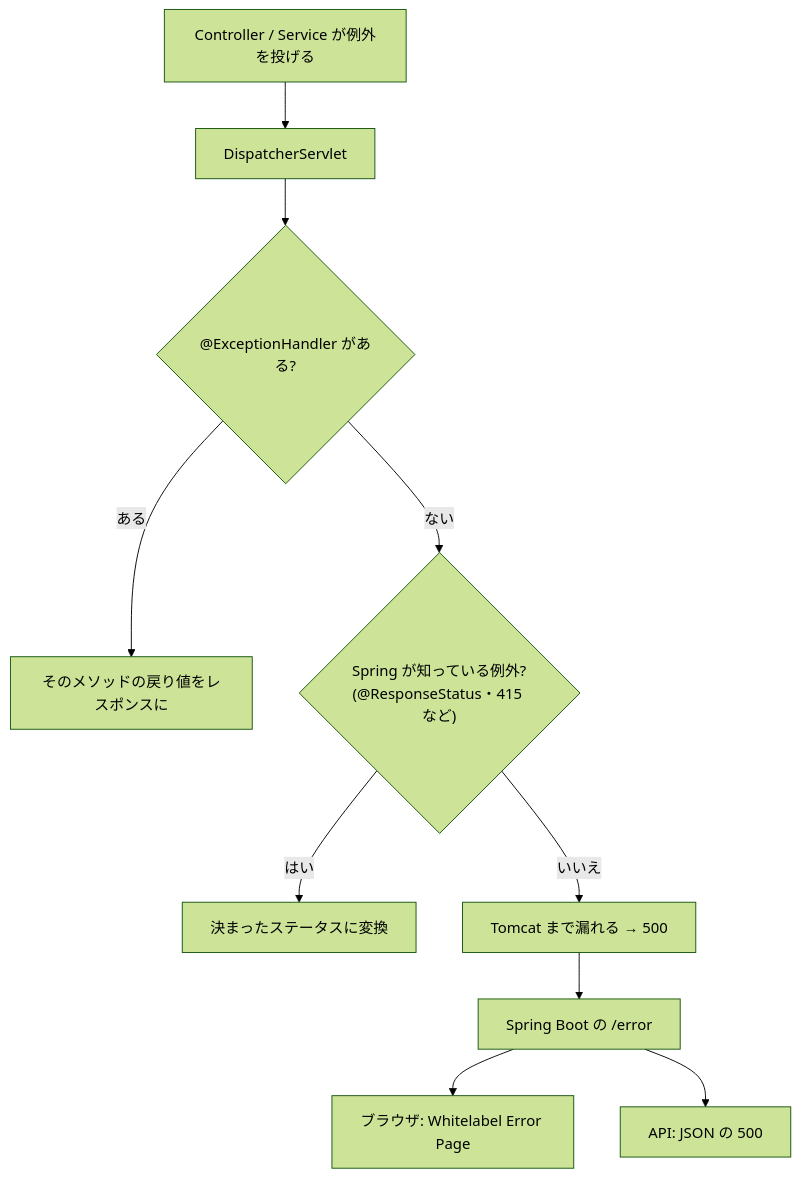
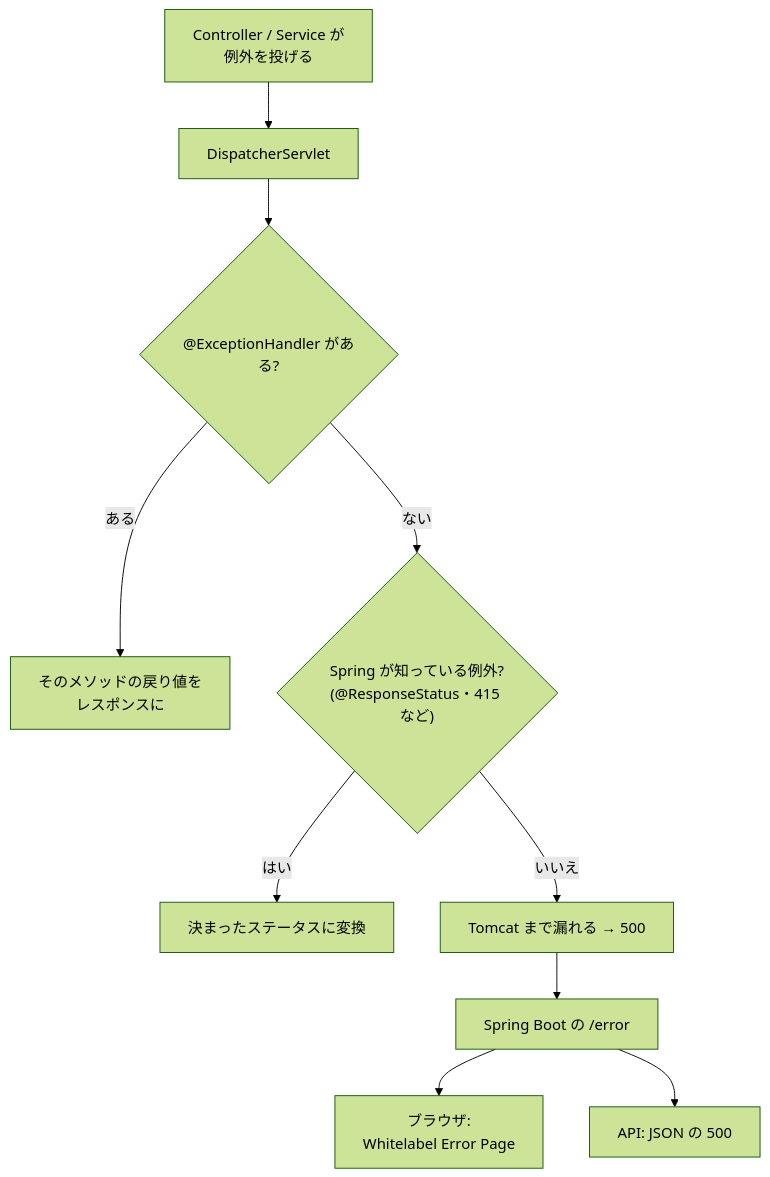
One commit to junyeol928-hash/Sayana changed the diagram in content/03-spring/04-api/02-spring-exception-handling/lesson.md. Above: the diagram before and after it, drawn with Mermaid (forest theme). The commit also changed 9 other files, not shown here.

Commit message:
fix: 図のラベルを語の切れ目で改行し、英字の用語の読みをカタカナにそろえた(スマホで図の文字が語の途中で折れていたため)

````diff
--- a/content/03-spring/04-api/02-spring-exception-handling/lesson.md
+++ b/content/03-spring/04-api/02-spring-exception-handling/lesson.md
@@ -15,12 +15,12 @@
 ```mermaid
 flowchart TD
-    A["Controller / Service が例外を投げる"] --> B["DispatcherServlet"]
+    A["Controller / Service が<br>例外を投げる"] --> B["DispatcherServlet"]
     B --> C{"@ExceptionHandler がある?"}
-    C -- "ある" --> D["そのメソッドの戻り値をレスポンスに"]
+    C -- "ある" --> D["そのメソッドの戻り値を<br>レスポンスに"]
     C -- "ない" --> E{"Spring が知っている例外?<br>(@ResponseStatus・415 など)"}
     E -- "はい" --> F["決まったステータスに変換"]
     E -- "いいえ" --> G["Tomcat まで漏れる → 500"]
     G --> H["Spring Boot の /error"]
-    H --> I["ブラウザ: Whitelabel Error Page"]
+    H --> I["ブラウザ:<br>Whitelabel Error Page"]
     H --> J["API: JSON の 500"]
 ```
````
